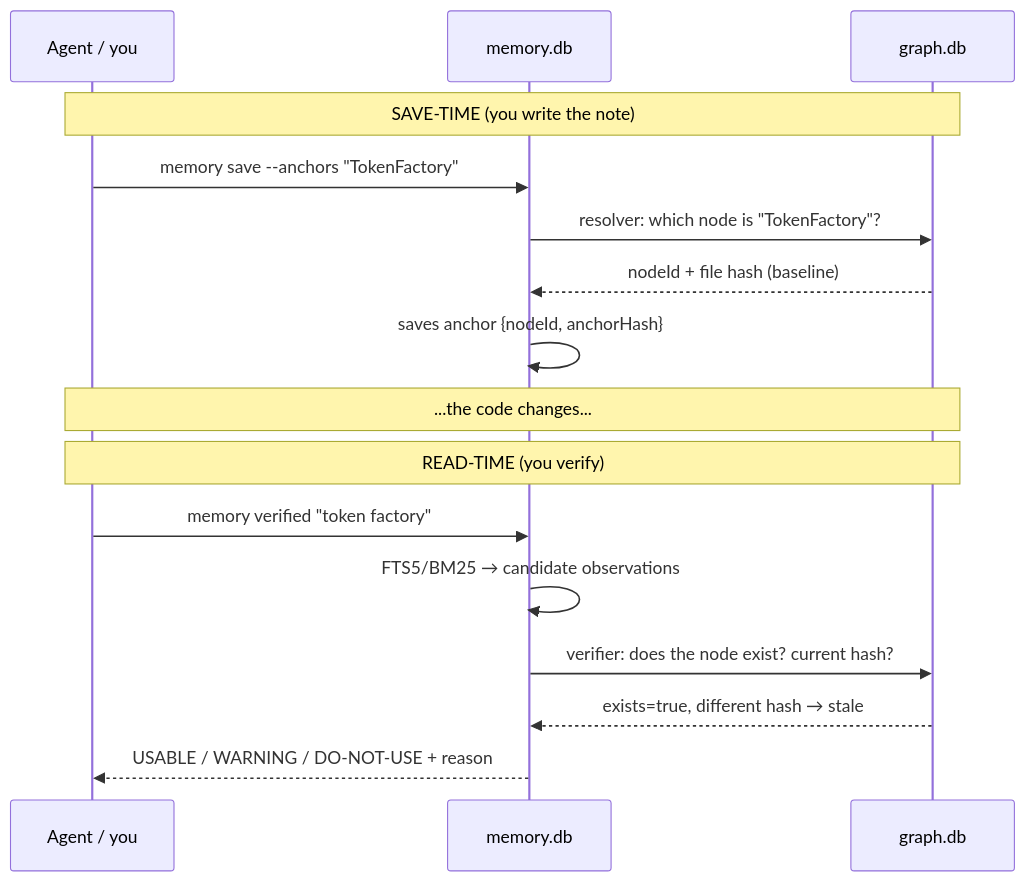
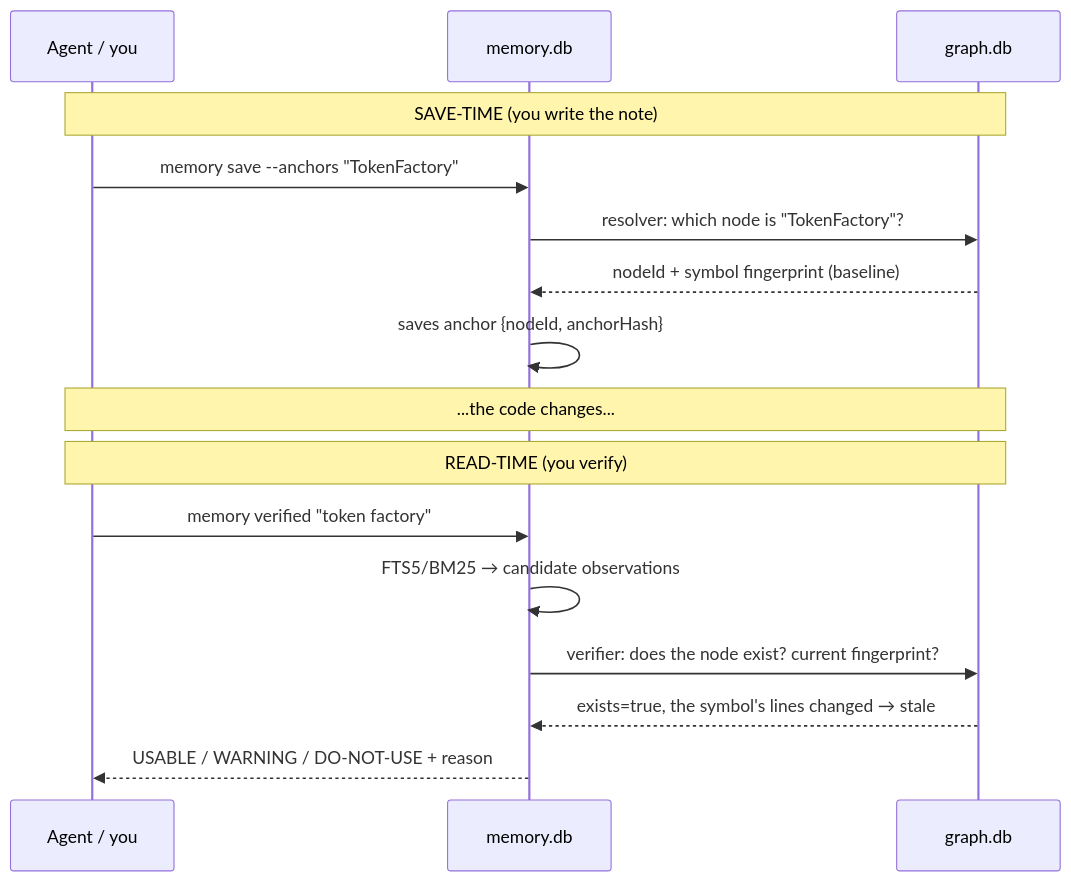
Before and after one commit to Kolimar/leina: the fourth of 4 diagrams in docs/concepts/05-comunicacion-grafo-memoria.md, drawn with Mermaid. The commit also changed other lines of this file and 26 other files, not shown here.

````diff
--- a/docs/concepts/05-comunicacion-grafo-memoria.md
+++ b/docs/concepts/05-comunicacion-grafo-memoria.md
@@ -137,21 +180,21 @@
 ```mermaid
 sequenceDiagram
     participant Dev as Agent / you
     participant Mem as memory.db
     participant Graph as graph.db
 
     Note over Dev,Graph: SAVE-TIME (you write the note)
     Dev->>Mem: memory save --anchors "TokenFactory"
     Mem->>Graph: resolver: which node is "TokenFactory"?
-    Graph-->>Mem: nodeId + file hash (baseline)
+    Graph-->>Mem: nodeId + symbol fingerprint (baseline)
     Mem->>Mem: saves anchor {nodeId, anchorHash}
 
     Note over Dev,Graph: ...the code changes...
 
     Note over Dev,Graph: READ-TIME (you verify)
     Dev->>Mem: memory verified "token factory"
     Mem->>Mem: FTS5/BM25 → candidate observations
-    Mem->>Graph: verifier: does the node exist? current hash?
-    Graph-->>Mem: exists=true, different hash → stale
+    Mem->>Graph: verifier: does the node exist? current fingerprint?
+    Graph-->>Mem: exists=true, the symbol's lines changed → stale
     Mem-->>Dev: USABLE / WARNING / DO-NOT-USE + reason
 ```
````
